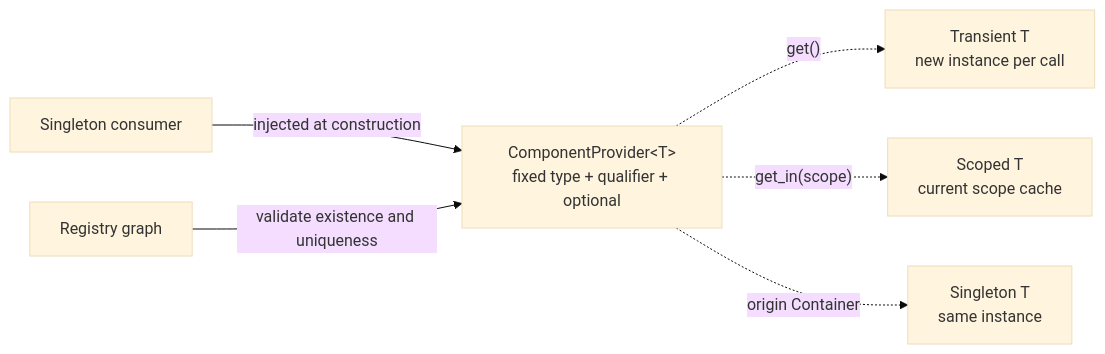
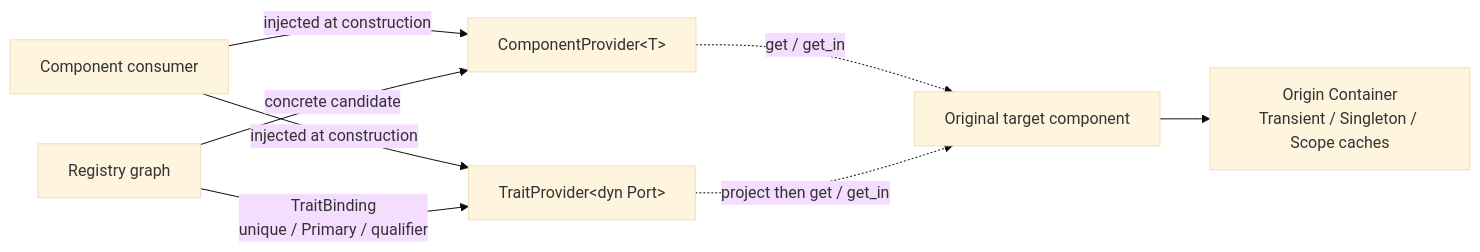
Before and after one commit to easy-4-rust/vernal: the sixth of 22 diagrams in docs/Vernal-Architecture.md, drawn with Mermaid (base theme). The commit also changed other lines of this file and 18 other files, not shown here.

Commit message:
feat(ioc): add type-safe trait providers

````diff
--- a/docs/Vernal-Architecture.md
+++ b/docs/Vernal-Architecture.md
@@ -426,8 +431,10 @@
 ```mermaid
 flowchart LR
-    Consumer["Singleton consumer"] -->|"injected at construction"| Provider["ComponentProvider&lt;T&gt;<br/>fixed type + qualifier + optional"]
-    Graph["Registry graph"] -->|"validate existence and uniqueness"| Provider
-    Provider -. "get()" .-> Transient["Transient T<br/>new instance per call"]
-    Provider -. "get_in(scope)" .-> Scoped["Scoped T<br/>current scope cache"]
-    Provider -. "origin Container" .-> Singleton["Singleton T<br/>same instance"]
+    Consumer["Component consumer"] -->|"injected at construction"| Concrete["ComponentProvider&lt;T&gt;"]
+    Consumer -->|"injected at construction"| Trait["TraitProvider&lt;dyn Port&gt;"]
+    Graph["Registry graph"] -->|"concrete candidate"| Concrete
+    Graph -->|"TraitBinding<br/>unique / Primary / qualifier"| Trait
+    Concrete -. "get / get_in" .-> Target["Original target component"]
+    Trait -. "project then get / get_in" .-> Target
+    Target --> Cache["Origin Container<br/>Transient / Singleton / Scope caches"]
 ```
````
